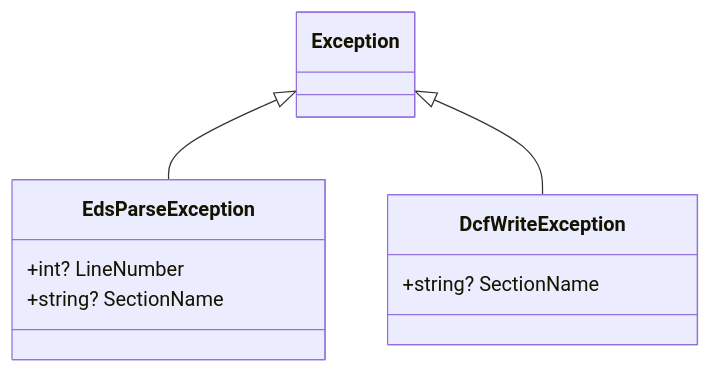
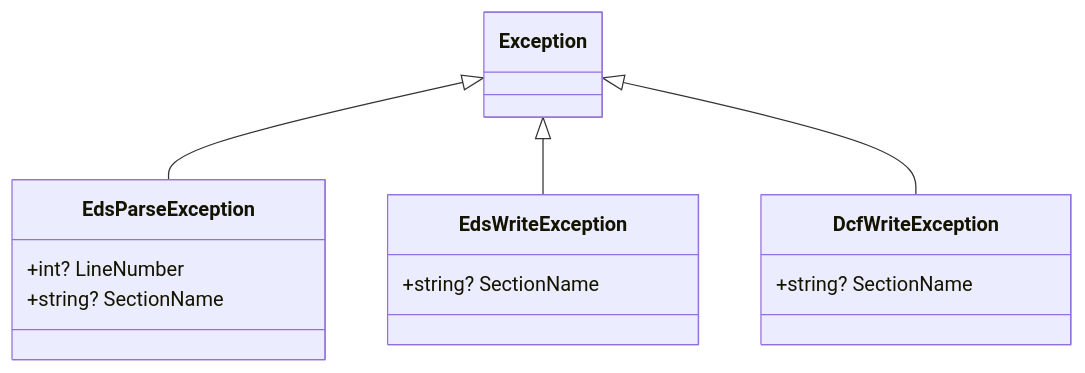
One commit to dborgards/eds-dcf-net changed the seventh of 7 diagrams in docs/architecture/05-building-block-view.md. Above: the diagram before and after it, drawn with Mermaid. The commit also changed other lines of this file and 18 other files, not shown here.

````diff
--- a/docs/architecture/05-building-block-view.md
+++ b/docs/architecture/05-building-block-view.md
@@ -241,14 +249,19 @@
 ```mermaid
 classDiagram
     Exception <|-- EdsParseException
+    Exception <|-- EdsWriteException
     Exception <|-- DcfWriteException
 
     class EdsParseException {
         +int? LineNumber
         +string? SectionName
     }
 
+    class EdsWriteException {
+        +string? SectionName
+    }
+
     class DcfWriteException {
         +string? SectionName
     }
 ```
````
